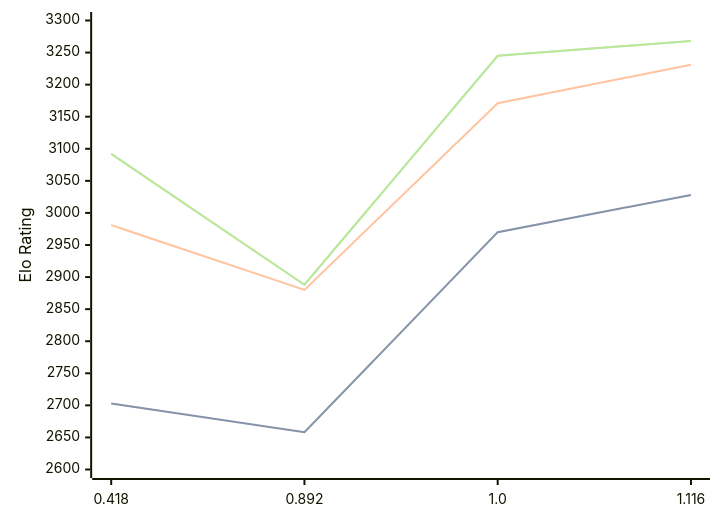
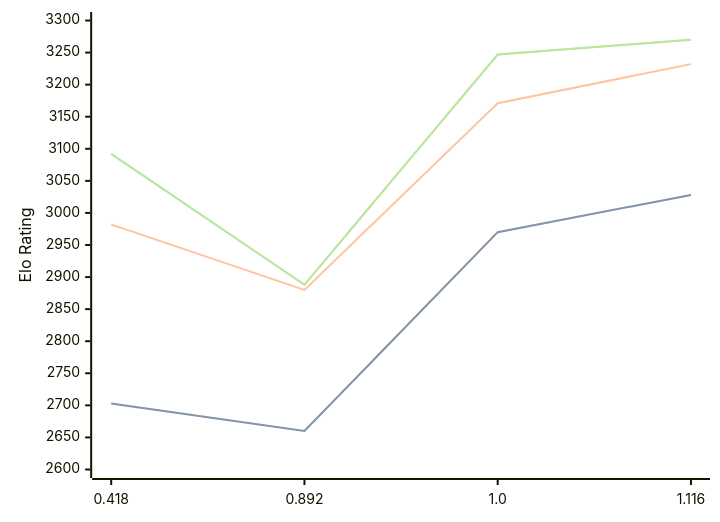
The third of 3 diagrams in engines/Malika.md (computer-chess-index/cci), drawn with Mermaid before and after one commit. The commit also changed other lines of this file, not shown here.

Commit message:
Update CCI Ratings (ELO VLTC) - 2026-07-12

````diff
--- a/engines/Malika.md
+++ b/engines/Malika.md
@@ -67,11 +67,11 @@
 ```mermaid
 %%{init: {"theme":"base","themeVariables":{"seriesColors:['#a3a3a3','#222221','#faa371']}}}%%
 xychart-beta
   x-axis ["0.418", "0.892", "1.0", "1.116"]
   y-axis "Elo Rating" 2600 --> 3300
-  line "STC (8.0+0.08s)" [2703, 2658, 2970, 3028]
-  line "STC (8.0+0.08s)" [2703, 2658, 2970, 3028]
-  line "LTC (60.0+0.60s)" [2981, 2880, 3171, 3231]
-  line "VLTC (2m24s+1.12s)" [3092, 2888, 3245, 3268]
-  line "VLTC (2m24s+1.12s)" [3092, 2888, 3245, 3268]
+  line "STC (8.0+0.08s)" [2703, 2660, 2970, 3028]
+  line "STC (8.0+0.08s)" [2703, 2660, 2970, 3028]
+  line "LTC (60.0+0.60s)" [2982, 2880, 3171, 3232]
+  line "VLTC (2m24s+1.12s)" [3092, 2888, 3247, 3270]
+  line "VLTC (2m24s+1.12s)" [3092, 2888, 3247, 3270]
 ```
````
